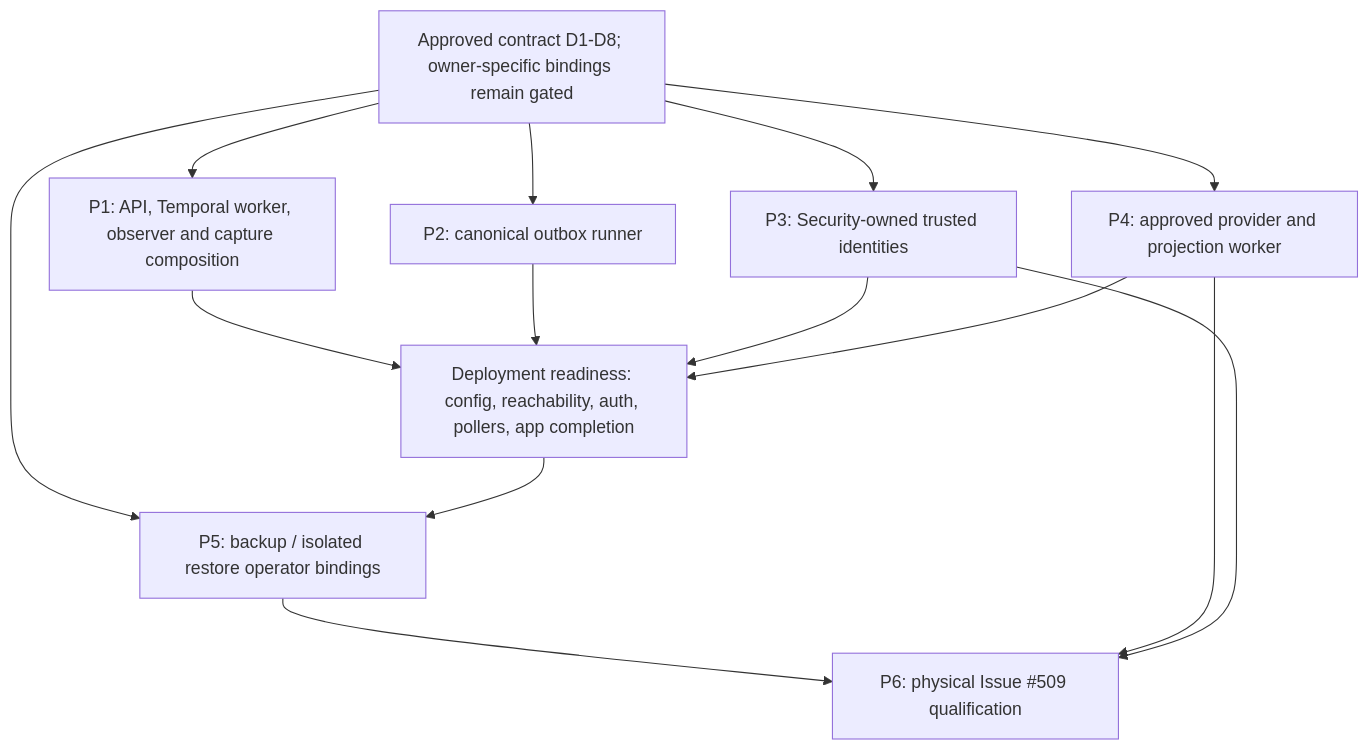
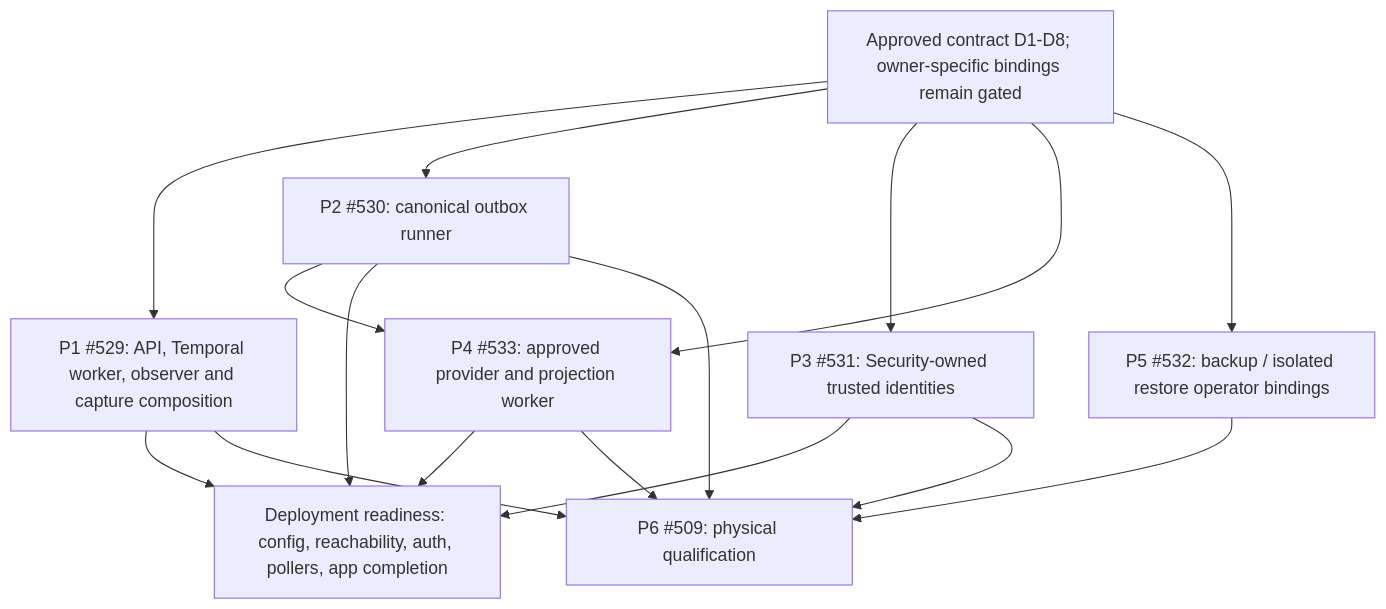
One commit to alkselsv/spine changed the diagram in docs/specs/issue-509-production-composition-handoff.md. Above: the diagram before and after it, drawn with Mermaid. The commit also changed other lines of this file, not shown here.

Commit message:
docs(509): sync production composition ticket tracking

````diff
--- a/docs/specs/issue-509-production-composition-handoff.md
+++ b/docs/specs/issue-509-production-composition-handoff.md
@@ -113,24 +108,26 @@
 ```mermaid
 flowchart TD
   A[Approved contract D1-D8; owner-specific bindings remain gated]
-  B[P1: API, Temporal worker, observer and capture composition]
-  C[P2: canonical outbox runner]
-  D[P3: Security-owned trusted identities]
-  E[P4: approved provider and projection worker]
-  F[P5: backup / isolated restore operator bindings]
+  B[P1 #529: API, Temporal worker, observer and capture composition]
+  C[P2 #530: canonical outbox runner]
+  D[P3 #531: Security-owned trusted identities]
+  E[P4 #533: approved provider and projection worker]
+  F[P5 #532: backup / isolated restore operator bindings]
   G[Deployment readiness: config, reachability, auth, pollers, app completion]
-  H[P6: physical Issue #509 qualification]
+  H[P6 #509: physical qualification]
   A --> B
   A --> C
   A --> D
   A --> E
   A --> F
+  C --> E
   B --> G
   C --> G
   D --> G
   E --> G
-  G --> F
+  B --> H
+  C --> H
+  D --> H
+  E --> H
   F --> H
-  E --> H
-  D --> H
 ```
````
